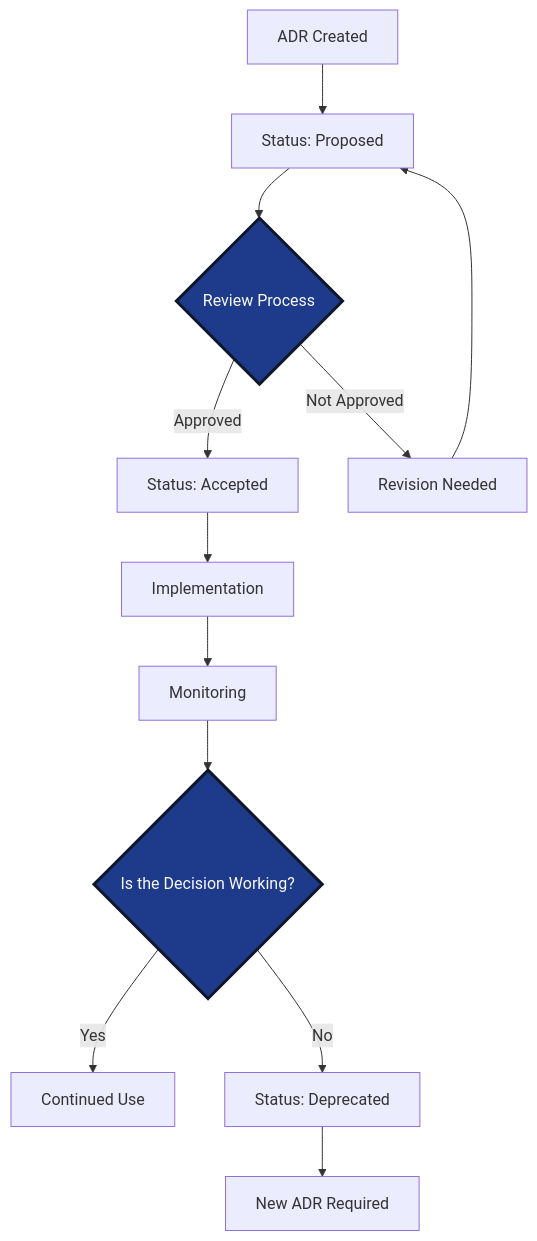
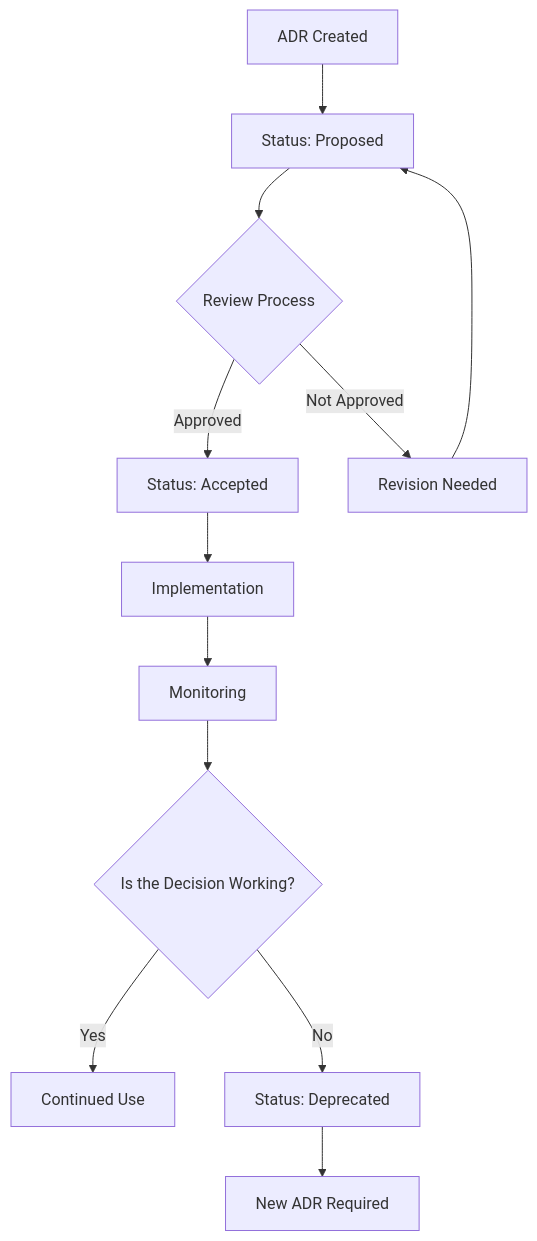
The diagram in docs/images/diagram_04_adr_lifecycle.mmd (Geonitab/architecture_as_code), drawn with Mermaid before and after one commit. The commit also changed 5 other files, not shown here.

First line of the commit message:
fix(diagrams): define kv-decision in the central theme and drop local classDefs

```diff
--- a/docs/images/diagram_04_adr_lifecycle.mmd
+++ b/docs/images/diagram_04_adr_lifecycle.mmd
@@ -1,15 +1,12 @@
 graph TD
     A[ADR Created]:::kv-primary --> B[Status: Proposed]:::kv-highlight
     B --> C{Review Process}:::kv-decision
     C -->|Approved| D[Status: Accepted]:::kv-accent
     C -->|Not Approved| E[Revision Needed]:::kv-muted
     E --> B
     D --> F[Implementation]:::kv-accent
     F --> G[Monitoring]:::kv-highlight
     G --> H{Is the Decision Working?}:::kv-decision
     H -->|Yes| I[Continued Use]:::kv-accent
     H -->|No| J[Status: Deprecated]:::kv-muted
     J --> K[New ADR Required]:::kv-pattern
-
-    classDef kv-decision fill:#1E3A8A,stroke:#0F172A,color:#F8FAFC,stroke-width:3px
-    class C,H kv-decision
```
